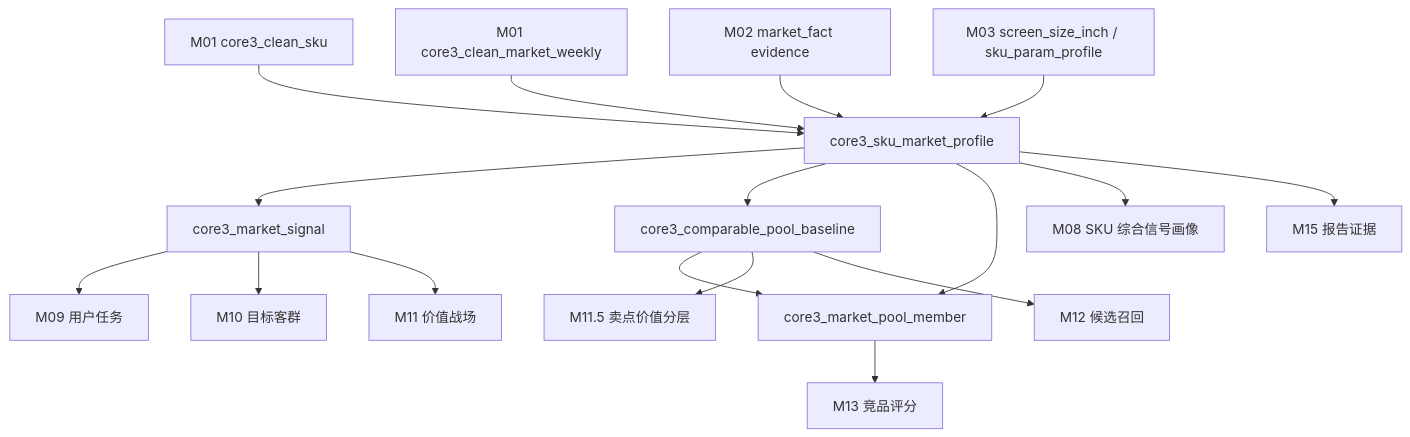
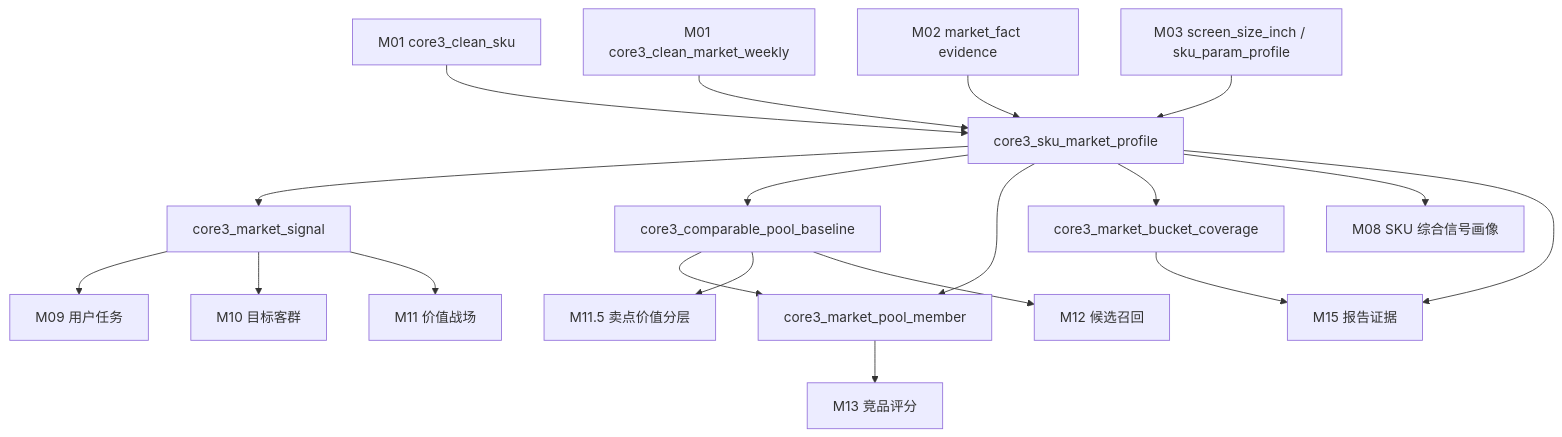
Before and after one commit to zssggle-rgb/catforge: the first of 2 diagrams in docs/core3_mvp/real_data_v2/sop_detailed_design/M07_market_profile_design.md, drawn with Mermaid. The commit also changed other lines of this file and 1 other file, not shown here.

Commit message:
Refine M07 market profile design

````diff
--- a/docs/core3_mvp/real_data_v2/sop_detailed_design/M07_market_profile_design.md
+++ b/docs/core3_mvp/real_data_v2/sop_detailed_design/M07_market_profile_design.md
@@ -88,30 +90,33 @@
 ```mermaid
 flowchart TD
   CleanSku["M01 core3_clean_sku"]
   CleanMarket["M01 core3_clean_market_weekly"]
   Evidence["M02 market_fact evidence"]
   Param["M03 screen_size_inch / sku_param_profile"]
 
   Profile["core3_sku_market_profile"]
   Signal["core3_market_signal"]
   Pool["core3_comparable_pool_baseline"]
   Member["core3_market_pool_member"]
+  Bucket["core3_market_bucket_coverage"]
 
   CleanSku --> Profile
   CleanMarket --> Profile
   Evidence --> Profile
   Param --> Profile
   Profile --> Signal
   Profile --> Pool
   Profile --> Member
+  Profile --> Bucket
   Pool --> Member
 
   Profile --> M08["M08 SKU 综合信号画像"]
   Signal --> M09["M09 用户任务"]
   Signal --> M10["M10 目标客群"]
   Signal --> M11["M11 价值战场"]
   Pool --> M115["M11.5 卖点价值分层"]
   Pool --> M12["M12 候选召回"]
   Member --> M13["M13 竞品评分"]
+  Bucket --> M15["M15 报告证据"]
   Profile --> M15["M15 报告证据"]
 ```
````
